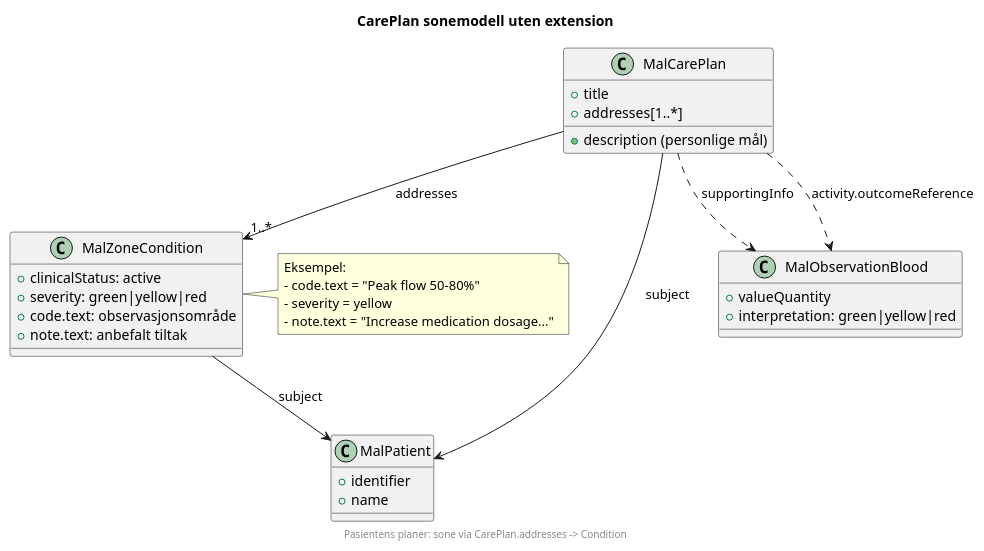
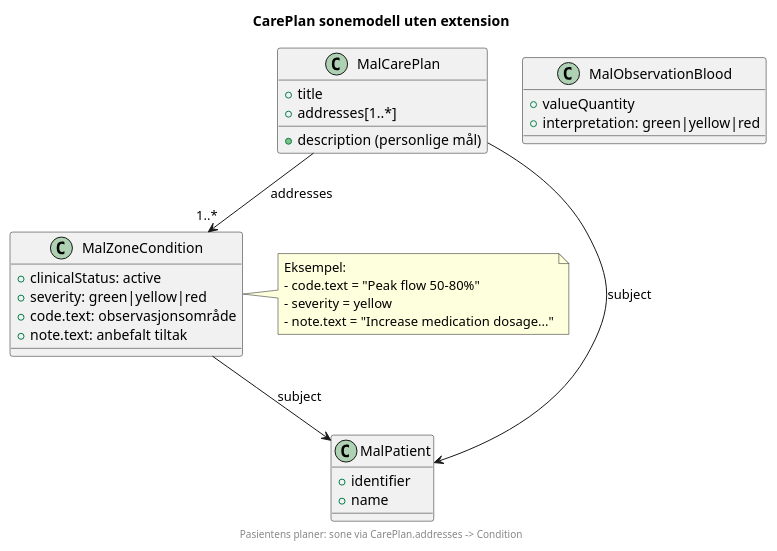
Before and after one commit to HL7Norway/Planer-CarePlan-hacking: the diagram in mal/input/images/careplan-zones-model.puml, drawn with PlantUML. The commit also changed 3 other files, not shown here.

```diff
--- a/mal/input/images/careplan-zones-model.puml
+++ b/mal/input/images/careplan-zones-model.puml
@@ -1,41 +1,39 @@
 @startuml
 title CarePlan sonemodell uten extension
 footer Pasientens planer: sone via CarePlan.addresses -> Condition
 
 class MalPatient {
   +identifier
   +name
 }
 
 class MalCarePlan {
   +title
   +description (personlige mål)
   +addresses[1..*]
 }
 
 class MalZoneCondition {
   +clinicalStatus: active
   +severity: green|yellow|red
   +code.text: observasjonsområde
   +note.text: anbefalt tiltak
 }
 
 class MalObservationBlood {
   +valueQuantity
   +interpretation: green|yellow|red
 }
 
 MalCarePlan --> MalPatient : subject
 MalCarePlan --> "1..*" MalZoneCondition : addresses
 MalZoneCondition --> MalPatient : subject
-MalCarePlan ..> MalObservationBlood : supportingInfo
-MalCarePlan ..> MalObservationBlood : activity.outcomeReference
 
 note right of MalZoneCondition
 Eksempel:
 - code.text = "Peak flow 50-80%"
 - severity = yellow
 - note.text = "Increase medication dosage..."
 end note
 
 @enduml
```
